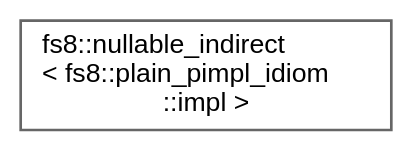
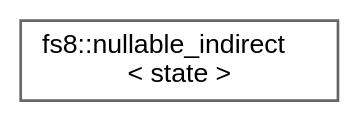
One commit to the-moisrex/foresight changed the diagram in api/inherit_graph_101.dot. Above: the diagram before and after it, drawn with Graphviz. The commit also changed 171 other files, not shown here.

```diff
--- a/api/inherit_graph_101.dot
+++ b/api/inherit_graph_101.dot
@@ -1,9 +1,9 @@
 digraph "Graphical Class Hierarchy"
 {
  // LATEX_PDF_SIZE
   bgcolor="transparent";
   edge [fontname=Helvetica,fontsize=10,labelfontname=Helvetica,labelfontsize=10];
   node [fontname=Helvetica,fontsize=10,shape=box,height=0.2,width=0.4];
   rankdir="LR";
-  Node0 [id="Node000000",label="fs8::nullable_indirect\l\< fs8::plain_pimpl_idiom\l::impl \>",height=0.2,width=0.4,color="grey40", fillcolor="white", style="filled",URL="$structfs8_1_1nullable__indirect.html",tooltip=" "];
+  Node0 [id="Node000000",label="fs8::nullable_indirect\l\< state \>",height=0.2,width=0.4,color="grey40", fillcolor="white", style="filled",URL="$structfs8_1_1nullable__indirect.html",tooltip=" "];
 }
```
